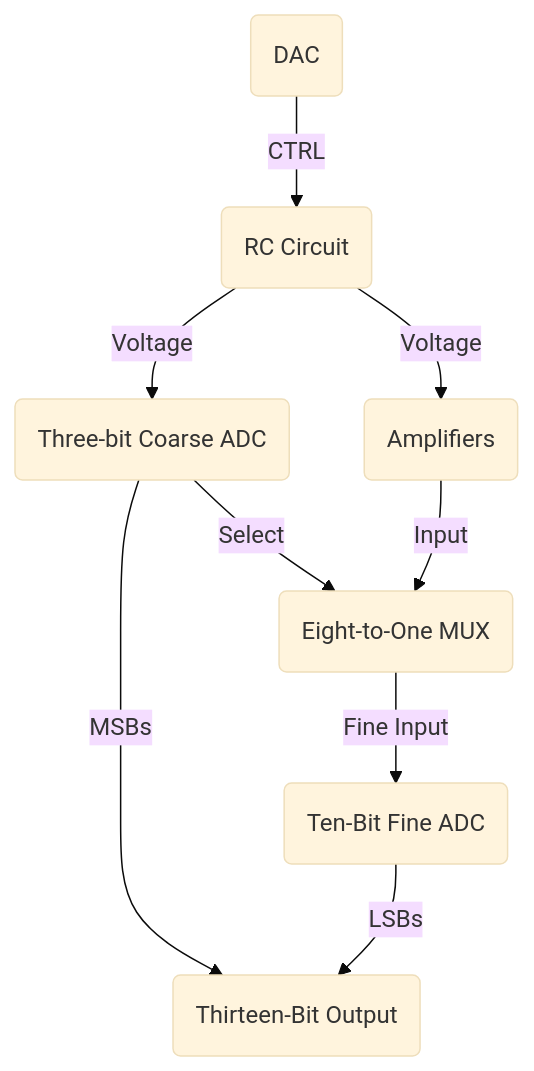
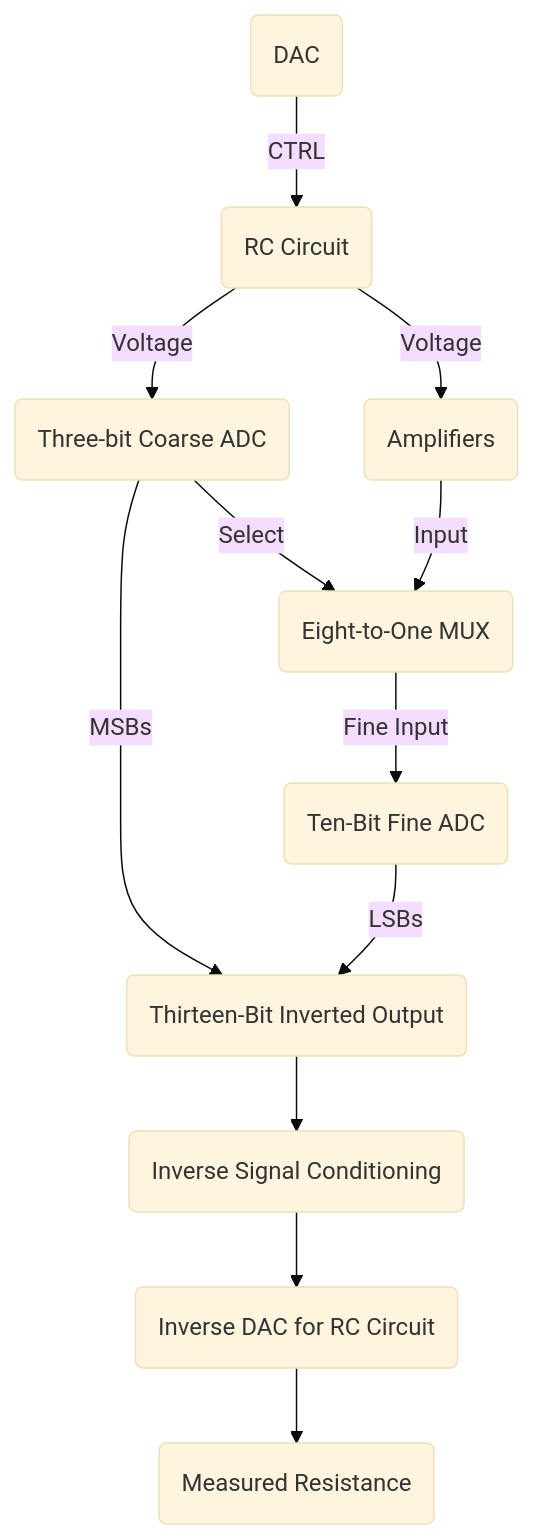
The diagram in 3 - Junior Year/Summer Research/Reports/Evan's Fellowship Research Integrated Circuits Report 1.md (0x9ONU/Obsidian-Notes), drawn with Mermaid (base theme) before and after one commit. The commit also changed other lines of this file and 3 other files, not shown here.

````diff
--- a/3 - Junior Year/Summer Research/Reports/Evan's Fellowship Research Integrated Circuits Report 1.md
+++ b/3 - Junior Year/Summer Research/Reports/Evan's Fellowship Research Integrated Circuits Report 1.md
@@ -40,12 +40,15 @@
 ```mermaid
 flowchart TD
 
 A(DAC)-->|CTRL|B(RC Circuit)
 B-->|Voltage| C(Three-bit Coarse ADC) & D(Amplifiers)
 C-->|Select| E(Eight-to-One MUX)
-C-->|MSBs| O(Thirteen-Bit Output)
+C-->|MSBs| O(Thirteen-Bit Inverted Output)
 D-->|Input|E
 E-->|Fine Input|F(Ten-Bit Fine ADC)
 F-->|LSBs| O
+O-->J(Inverse Signal Conditioning)
+J-->I(Inverse DAC for RC Circuit)
+I-->Q(Measured Resistance)
 
 ```
````
